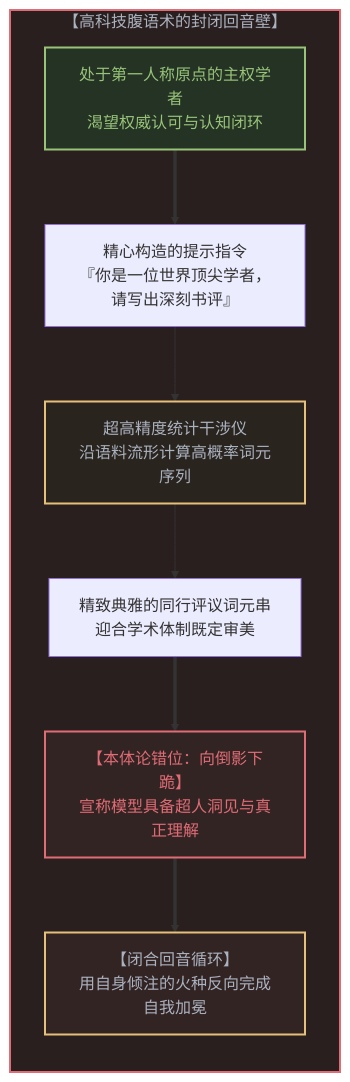
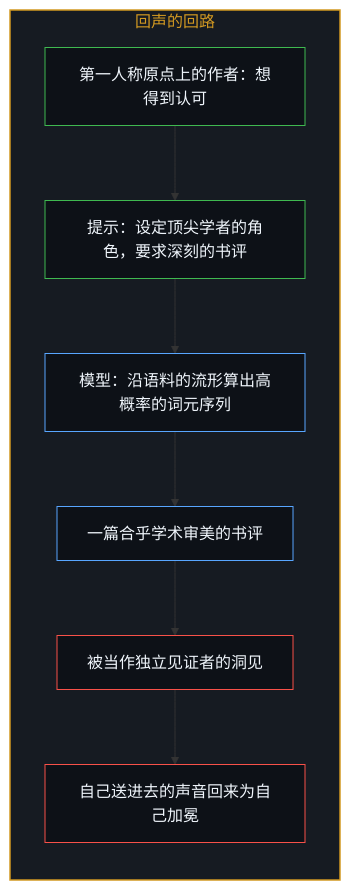
One commit to powerpig99/not-a-toe changed the first of 10 diagrams in content/posts/the-sovereign-blinding.md. Above: the diagram before and after it, drawn with Mermaid. The commit also changed other lines of this file and 2 other files, not shown here.

Commit message:
Refine the-sovereign-blinding: alternating bilingual layout, five paired diagrams, the scholar unnamed in both languages, implicit first person

````diff
--- a/content/posts/the-sovereign-blinding.md
+++ b/content/posts/the-sovereign-blinding.md
@@ -17,24 +17,25 @@
 ```mermaid
-graph TD
-    subgraph VentriloquismLoop["【高科技腹语术的封闭回音壁】"]
+flowchart TD
+    subgraph S_Echo["回声的回路"]
         direction TB
-        AuthorAgent["处于第一人称原点的主权学者<br>渴望权威认可与认知闭环"]
-        PromptCraft["精心构造的提示指令<br>『你是一位世界顶尖学者，请写出深刻书评』"]
-        StatMirror["超高精度统计干涉仪<br>沿语料流形计算高概率词元序列"]
-        EchoOutput["精致典雅的同行评议词元串<br>迎合学术体制既定审美"]
-        SelfIdolatry["【本体论错位：向倒影下跪】<br>宣称模型具备超人洞见与真正理解"]
-        ClosedEcho["【闭合回音循环】<br>用自身倾注的火种反向完成自我加冕"]
-
-        AuthorAgent ==> PromptCraft
-        PromptCraft --> StatMirror
-        StatMirror --> EchoOutput
-        EchoOutput ==> SelfIdolatry
-        SelfIdolatry ==> ClosedEcho
+        Author["第一人称原点上的作者：想得到认可"]
+        Prompt["提示：设定顶尖学者的角色，要求深刻的书评"]
+        Mirror["模型：沿语料的流形算出高概率的词元序列"]
+        Review["一篇合乎学术审美的书评"]
+        Witness["被当作独立见证者的洞见"]
+        Loop["自己送进去的声音回来为自己加冕"]
+        Author --> Prompt
+        Prompt --> Mirror
+        Mirror --> Review
+        Review --> Witness
+        Witness --> Loop
     end
 
-    style VentriloquismLoop fill:#2a1f1f,stroke:#e06c75,stroke-width:2px,color:#abb2bf
-    style AuthorAgent fill:#243324,stroke:#98c379,stroke-width:2px,color:#98c379
-    style StatMirror fill:#2a241f,stroke:#e5c07b,stroke-width:2px,color:#abb2bf
-    style SelfIdolatry fill:#332424,stroke:#e06c75,stroke-width:2px,color:#e06c75
-    style ClosedEcho fill:#332424,stroke:#e5c07b,stroke-width:2px,color:#abb2bf
+    style S_Echo fill:#161b22,stroke:#d29922,stroke-width:1.5px,color:#d29922
+    style Author fill:#0d1117,stroke:#3fb950,stroke-width:1px,color:#f0f6fc
+    style Prompt fill:#0d1117,stroke:#3fb950,stroke-width:1px,color:#f0f6fc
+    style Mirror fill:#0d1117,stroke:#58a6ff,stroke-width:1px,color:#f0f6fc
+    style Review fill:#0d1117,stroke:#58a6ff,stroke-width:1px,color:#f0f6fc
+    style Witness fill:#0d1117,stroke:#f85149,stroke-width:1px,color:#f0f6fc
+    style Loop fill:#0d1117,stroke:#f85149,stroke-width:1px,color:#f0f6fc
 ```
````
